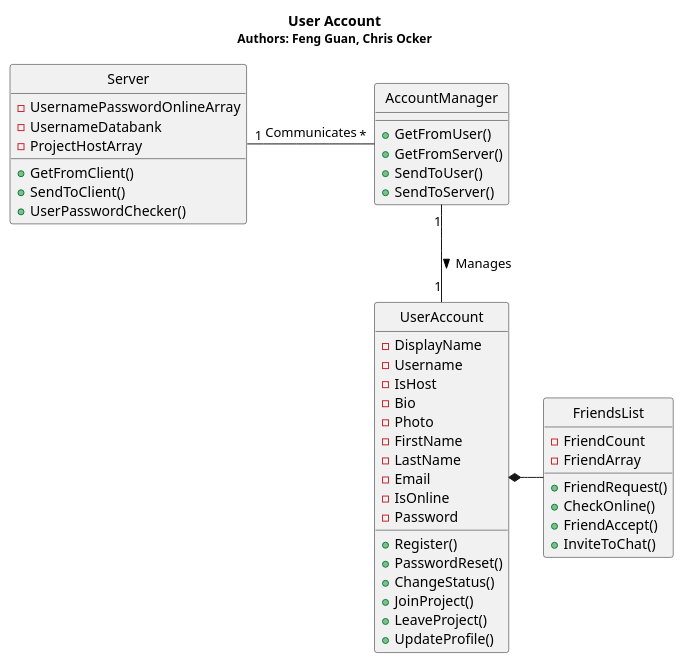
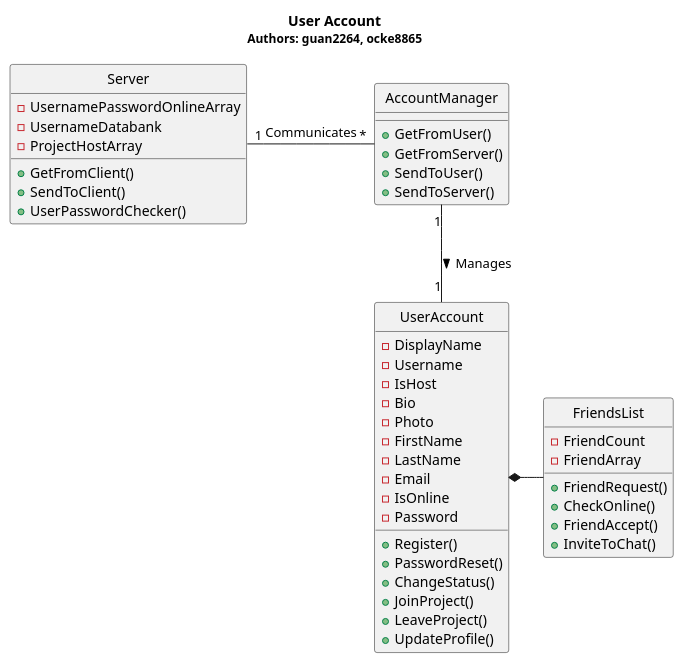
The diagram in hw3/UserAccount/UserAccountlol.puml (voxelv/sQuire_kw), drawn with PlantUML before and after one commit. The commit also changed 1 other file, not shown here.

```diff
--- a/hw3/UserAccount/UserAccountlol.puml
+++ b/hw3/UserAccount/UserAccountlol.puml
@@ -1,58 +1,58 @@
 @startuml
 hide circles
 
-Title <b>User Account</b>\n<size:12>Authors: Feng Guan, Chris Ocker</size>
+Title <b>User Account</b>\n<size:12>Authors: guan2264, ocke8865</size>
 
 
 class "Server" as ss{
 -UsernamePasswordOnlineArray
 -UsernameDatabank
 -ProjectHostArray
 +GetFromClient()
 +SendToClient()
 +UserPasswordChecker()
 }
 
 class "UserAccount" as ua {
 -DisplayName
 -Username
 -IsHost
 -Bio
 -Photo
 -FirstName
 -LastName
 -Email
 -IsOnline
 -Password
 +Register()
 +PasswordReset()
 +ChangeStatus()
 +JoinProject()
 +LeaveProject()
 +UpdateProfile()
 }
 
 
 
 class "FriendsList" as fl {
 -FriendCount
 -FriendArray
 +FriendRequest()
 +CheckOnline()
 +FriendAccept()
 +InviteToChat()
 }
 
 class "AccountManager" as sc {
 +GetFromUser()
 +GetFromServer()
 +SendToUser()
 +SendToServer()
 }
 
 
 sc "1"  -- "1" ua : Manages >
 ss "1"  -r- "*" sc : Communicates
 
 fl  -l-* ua
 @enduml
```
